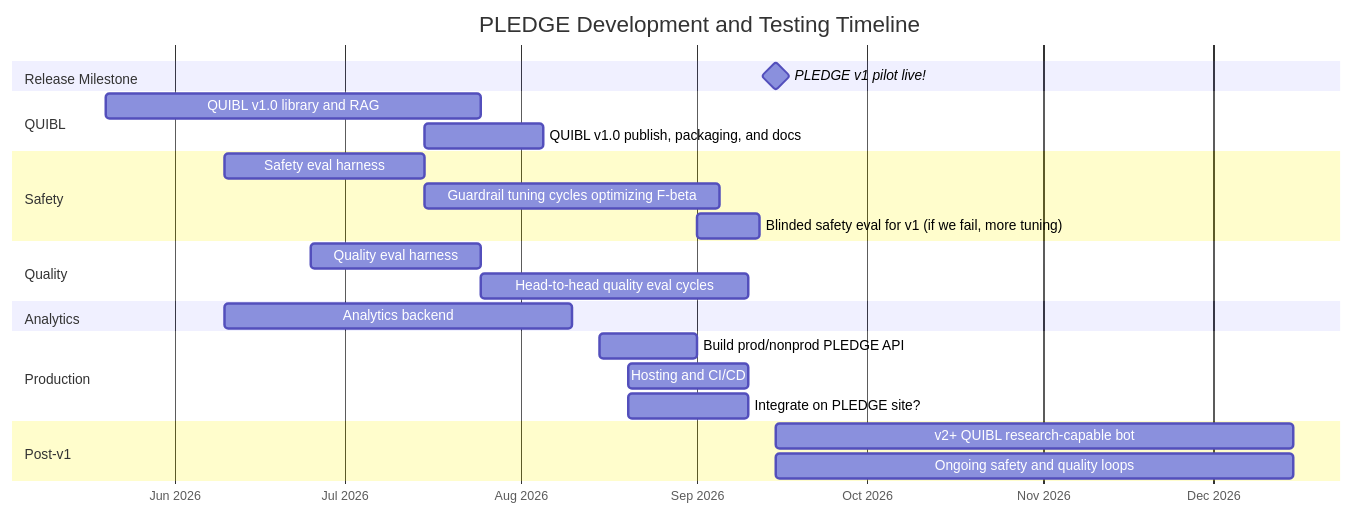
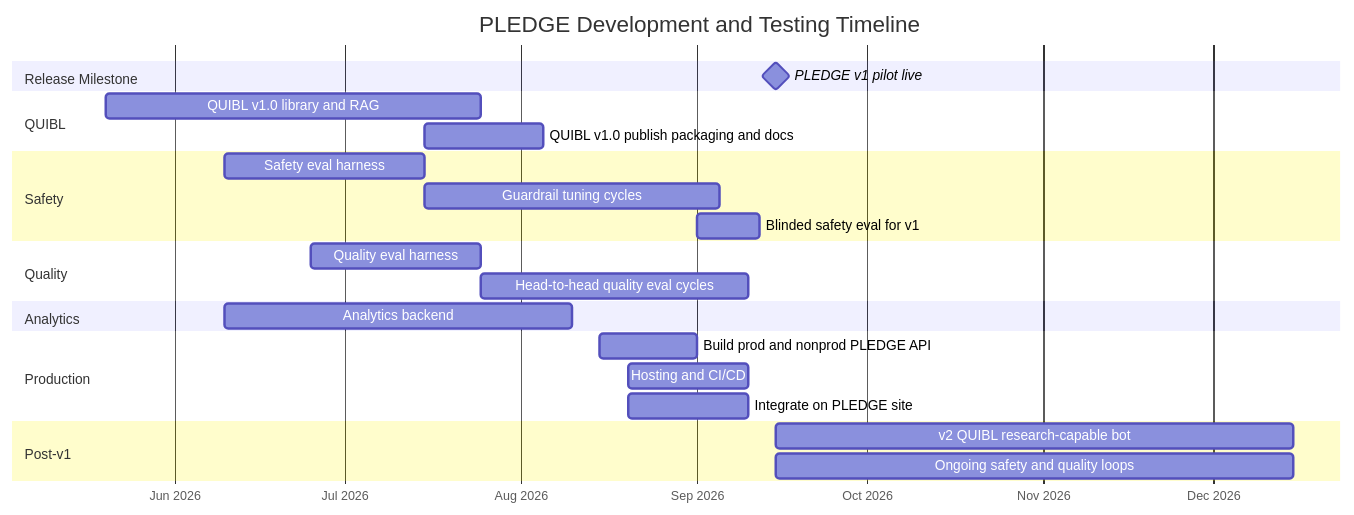
Before and after one commit to nichollsharrisonj/PLEDGE_project_page: the diagram in vault/reference/Timeline.md, drawn with Mermaid. The commit also changed 3 other files, not shown here.

Commit message:
gantt mermaid fix

````diff
--- a/vault/reference/Timeline.md
+++ b/vault/reference/Timeline.md
@@ -17,36 +17,36 @@
 ```mermaid
 gantt
     title PLEDGE Development and Testing Timeline
     dateFormat YYYY-MM-DD
     axisFormat %b %Y
     tickInterval 1month
     todayMarker on
 
     section Release Milestone
-    PLEDGE v1 pilot live! :milestone, v1, 2026-09-15, 0d
+    PLEDGE v1 pilot live :milestone, v1, 2026-09-15, 0d
 
     section QUIBL
     QUIBL v1.0 library and RAG :lib, 2026-05-20, 2026-07-25
-    QUIBL v1.0 publish, packaging, and docs :pypi, 2026-07-15, 2026-08-05
+    QUIBL v1.0 publish packaging and docs :pypi, 2026-07-15, 2026-08-05
 
     section Safety
     Safety eval harness :sh, 2026-06-10, 2026-07-15
-    Guardrail tuning cycles optimizing F-beta :stune, 2026-07-15, 2026-09-05
-    Blinded safety eval for v1 (if we fail, more tuning) :sblind, 2026-09-01, 2026-09-12
+    Guardrail tuning cycles :stune, 2026-07-15, 2026-09-05
+    Blinded safety eval for v1 :sblind, 2026-09-01, 2026-09-12
 
     section Quality
     Quality eval harness :qh, 2026-06-25, 2026-07-25
     Head-to-head quality eval cycles :qc, 2026-07-25, 2026-09-10
 
     section Analytics
     Analytics backend :ainst, 2026-06-10, 2026-08-10
-    
+
     section Production
-    Build prod/nonprod PLEDGE API :app, 2026-08-15, 2026-09-01
+    Build prod and nonprod PLEDGE API :app, 2026-08-15, 2026-09-01
     Hosting and CI/CD :host, 2026-08-20, 2026-09-10
-    Integrate on PLEDGE site? :integrate 2026-08-20, 2026-09-10
+    Integrate on PLEDGE site :integrate, 2026-08-20, 2026-09-10
 
     section Post-v1
-    v2+ QUIBL research-capable bot :v2, 2026-09-15, 2026-12-15
+    v2 QUIBL research-capable bot :v2, 2026-09-15, 2026-12-15
     Ongoing safety and quality loops :oloop, 2026-09-15, 2026-12-15
 ```
````
